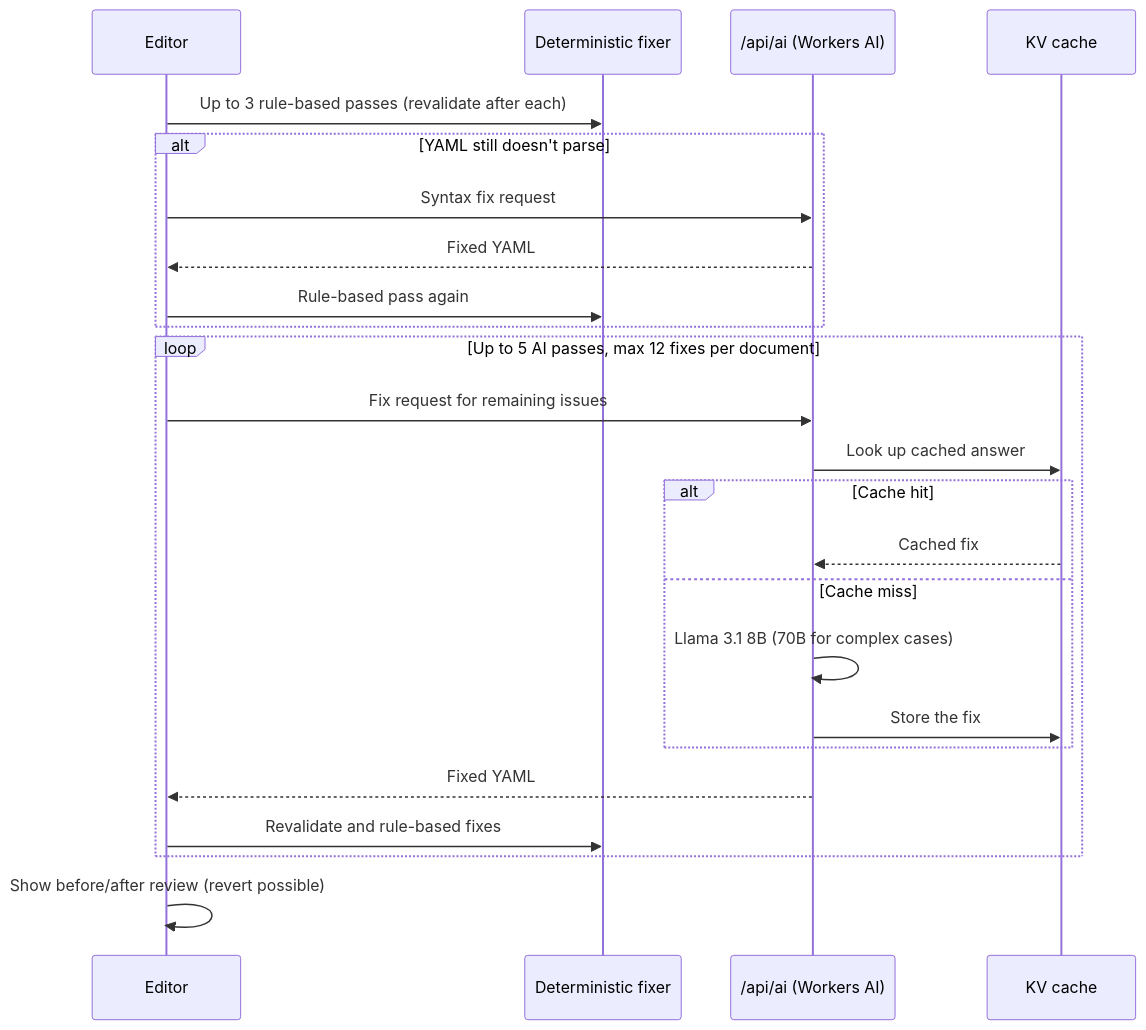
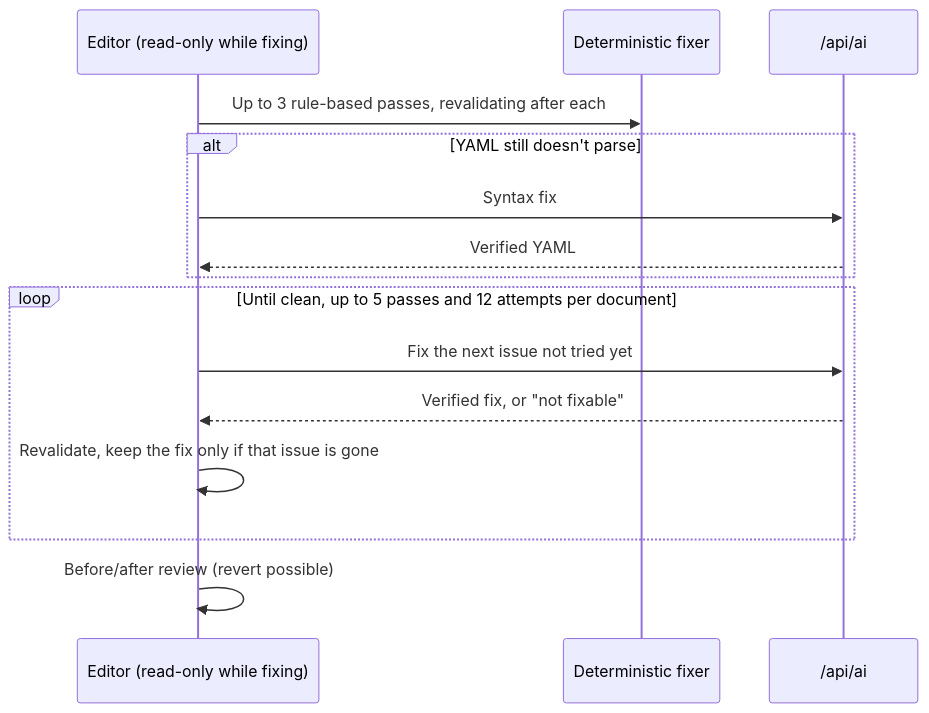
One commit to fullstopdev/resource-browser changed the second of 2 diagrams in src/lib/docs/pages/validate-yaml.md. Above: the diagram before and after it, drawn with Mermaid. The commit also changed other lines of this file and 54 other files, not shown here.

````diff
--- a/src/lib/docs/pages/validate-yaml.md
+++ b/src/lib/docs/pages/validate-yaml.md
@@ -59,26 +106,17 @@
 ```mermaid
 sequenceDiagram
-  participant E as Editor
+  participant E as Editor (read-only while fixing)
   participant D as Deterministic fixer
-  participant A as /api/ai (Workers AI)
-  participant K as KV cache
-  E->>D: Up to 3 rule-based passes (revalidate after each)
+  participant A as /api/ai
+  E->>D: Up to 3 rule-based passes, revalidating after each
   alt YAML still doesn't parse
-    E->>A: Syntax fix request
-    A-->>E: Fixed YAML
-    E->>D: Rule-based pass again
+    E->>A: Syntax fix
+    A-->>E: Verified YAML
   end
-  loop Up to 5 AI passes, max 12 fixes per document
-    E->>A: Fix request for remaining issues
-    A->>K: Look up cached answer
-    alt Cache hit
-      K-->>A: Cached fix
-    else Cache miss
-      A->>A: Llama 3.1 8B (70B for complex cases)
-      A->>K: Store the fix
-    end
-    A-->>E: Fixed YAML
-    E->>D: Revalidate and rule-based fixes
+  loop Until clean, up to 5 passes and 12 attempts per document
+    E->>A: Fix the next issue not tried yet
+    A-->>E: Verified fix, or "not fixable"
+    E->>E: Revalidate, keep the fix only if that issue is gone
   end
-  E->>E: Show before/after review (revert possible)
+  E->>E: Before/after review (revert possible)
 ```
````
